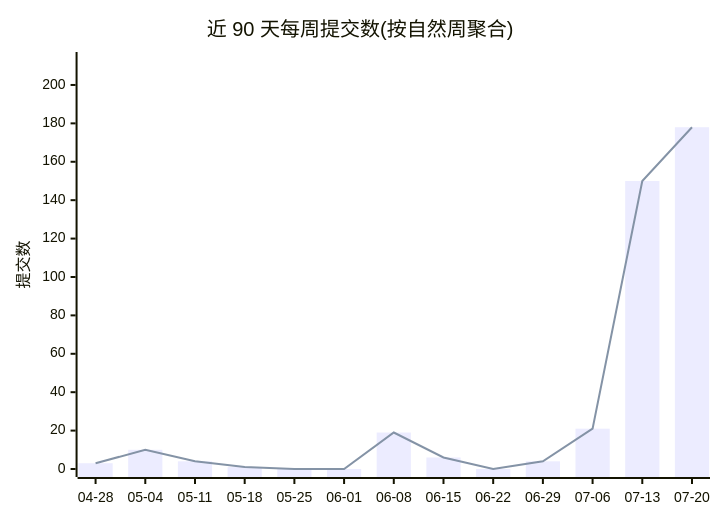
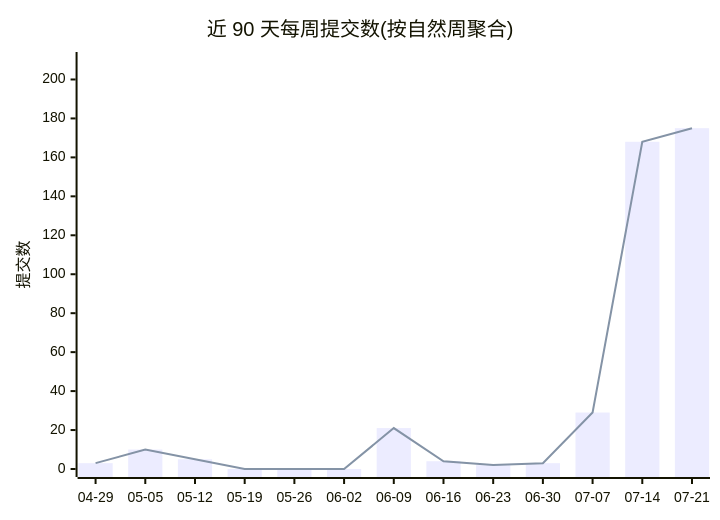
One commit to Conflux-Union/.github changed the first of 2 diagrams in profile/README.md. Above: the diagram before and after it, drawn with Mermaid. The commit also changed other lines of this file and 1 other file, not shown here.

````diff
--- a/profile/README.md
+++ b/profile/README.md
@@ -44,8 +44,8 @@
 ```mermaid
 xychart-beta
     title "近 90 天每周提交数(按自然周聚合)"
-    x-axis ["04-28", "05-04", "05-11", "05-18", "05-25", "06-01", "06-08", "06-15", "06-22", "06-29", "07-06", "07-13", "07-20"]
-    y-axis "提交数" 0 --> 213
-    bar [3, 10, 4, 1, 0, 0, 19, 6, 0, 4, 21, 150, 178]
-    line [3, 10, 4, 1, 0, 0, 19, 6, 0, 4, 21, 150, 178]
+    x-axis ["04-29", "05-05", "05-12", "05-19", "05-26", "06-02", "06-09", "06-16", "06-23", "06-30", "07-07", "07-14", "07-21"]
+    y-axis "提交数" 0 --> 210
+    bar [3, 10, 5, 0, 0, 0, 21, 4, 2, 3, 29, 168, 175]
+    line [3, 10, 5, 0, 0, 0, 21, 4, 2, 3, 29, 168, 175]
 ```
````
